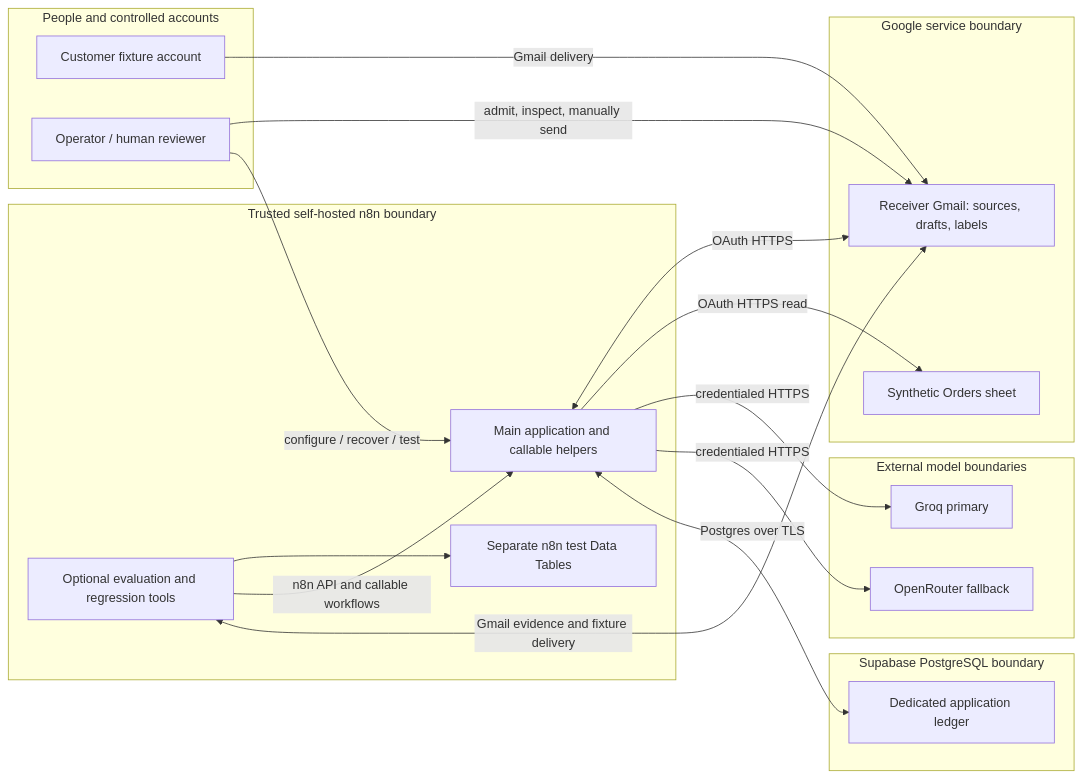
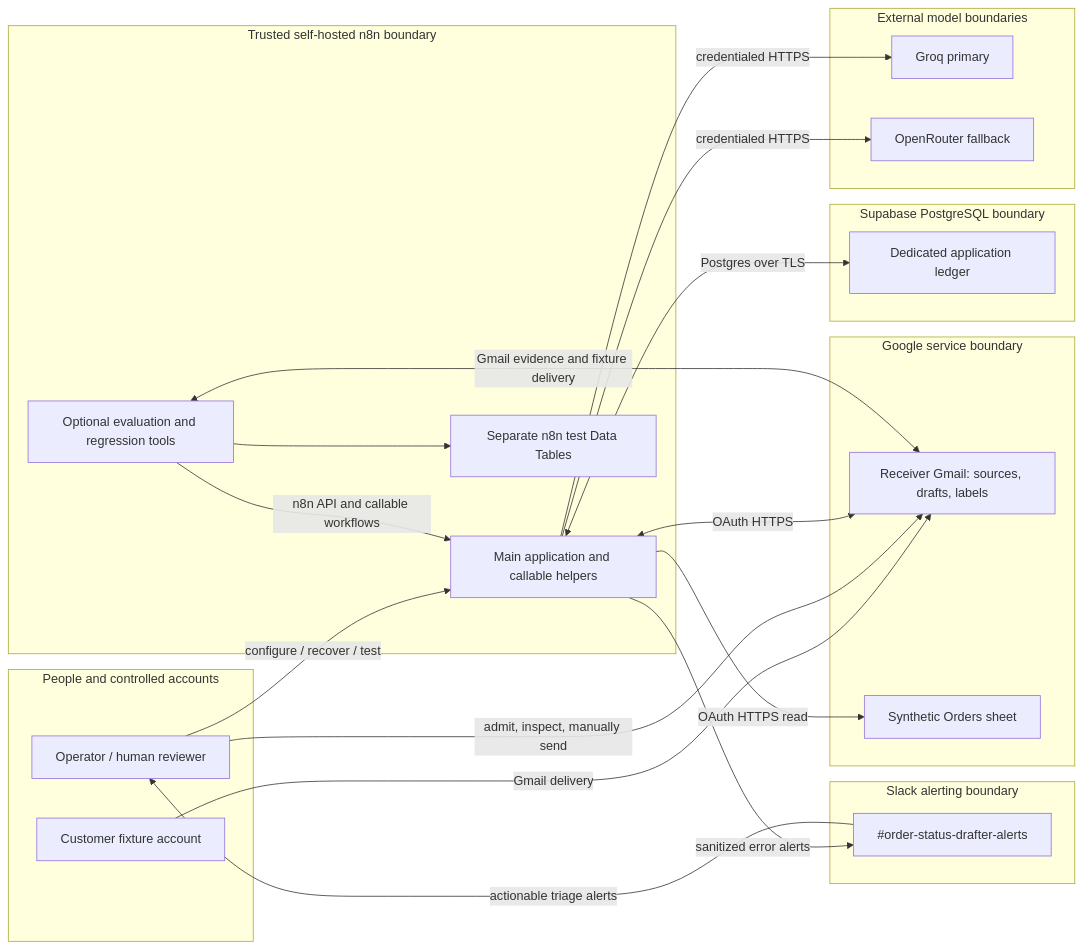
Before and after one commit to mickoSugianto/n8n-OrderStatusReplyDrafter: the first of 8 diagrams in docs/system-design.md, drawn with Mermaid. The commit also changed other lines of this file and 3 other files, not shown here.

First line of the commit message:
docs: sync project documentation with automated recovery, Slack alerting, and current tests

````diff
--- a/docs/system-design.md
+++ b/docs/system-design.md
@@ -71,34 +70,39 @@
 ```mermaid
 flowchart LR
   subgraph People["People and controlled accounts"]
     C["Customer fixture account"]
     O["Operator / human reviewer"]
   end
   subgraph Google["Google service boundary"]
     G["Receiver Gmail: sources, drafts, labels"]
     S["Synthetic Orders sheet"]
   end
   subgraph Host["Trusted self-hosted n8n boundary"]
     M["Main application and callable helpers"]
     T["Optional evaluation and regression tools"]
     D["Separate n8n test Data Tables"]
     T --> D
   end
   subgraph Providers["External model boundaries"]
     Q["Groq primary"]
     R["OpenRouter fallback"]
   end
   subgraph DB["Supabase PostgreSQL boundary"]
     L["Dedicated application ledger"]
   end
+  subgraph Slack["Slack alerting boundary"]
+    A["#order-status-drafter-alerts"]
+  end
   C -->|"Gmail delivery"| G
   O -->|"admit, inspect, manually send"| G
   O -->|"configure / recover / test"| M
   M <-->|"OAuth HTTPS"| G
   M -->|"OAuth HTTPS read"| S
   M -->|"credentialed HTTPS"| Q
   M -->|"credentialed HTTPS"| R
   M <-->|"Postgres over TLS"| L
+  M -->|"sanitized error alerts"| A
+  A -->|"actionable triage alerts"| O
   T -->|"n8n API and callable workflows"| M
   T <-->|"Gmail evidence and fixture delivery"| G
 ```
````
